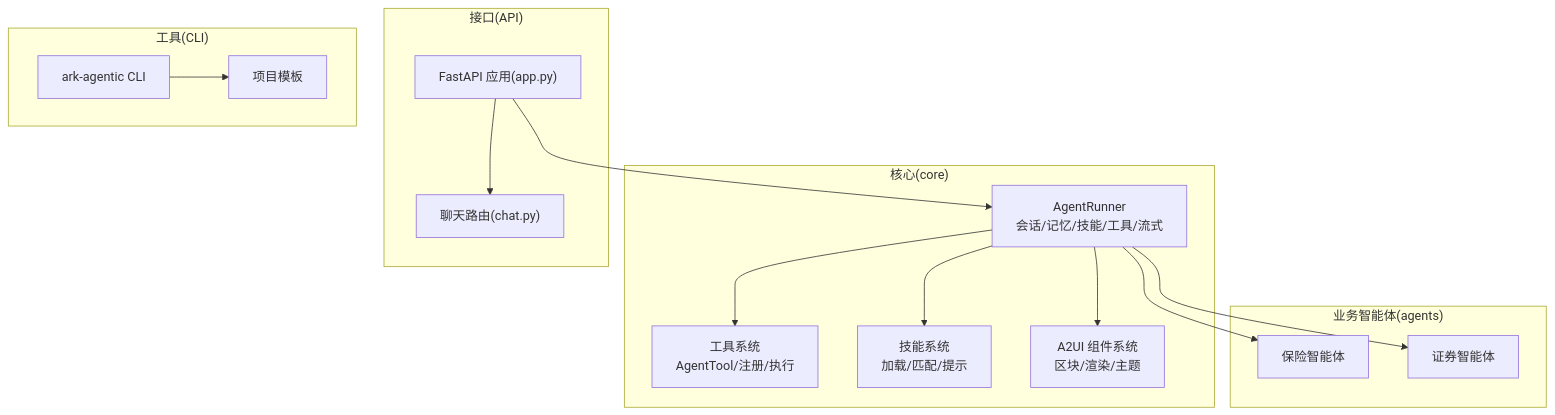
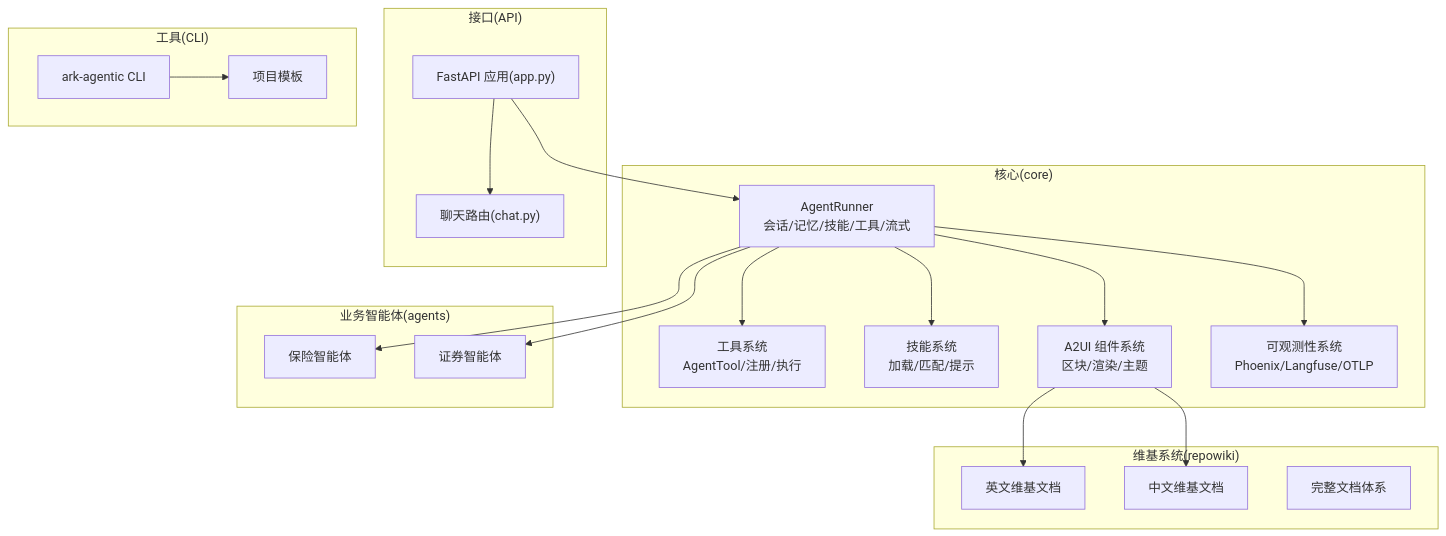
One commit to YU-JI-KUI/ark-agentic changed the first of 7 diagrams in repowiki/zh/content/开发指南/开发指南.md. Above: the diagram before and after it, drawn with Mermaid. The commit also changed other lines of this file and 10 other files, not shown here.

````diff
--- a/repowiki/zh/content/开发指南/开发指南.md
+++ b/repowiki/zh/content/开发指南/开发指南.md
@@ -44,29 +68,38 @@
 ```mermaid
 graph TB
 subgraph "核心(core)"
 CORE_RUNNER["AgentRunner<br/>会话/记忆/技能/工具/流式"]
 CORE_TOOLS["工具系统<br/>AgentTool/注册/执行"]
 CORE_SKILLS["技能系统<br/>加载/匹配/提示"]
 CORE_A2UI["A2UI 组件系统<br/>区块/渲染/主题"]
+CORE_OBS["可观测性系统<br/>Phoenix/Langfuse/OTLP"]
 end
 subgraph "业务智能体(agents)"
 INS_AGENT["保险智能体"]
 SEC_AGENT["证券智能体"]
 end
 subgraph "接口(API)"
 APP["FastAPI 应用(app.py)"]
 ROUTER["聊天路由(chat.py)"]
 end
 subgraph "工具(CLI)"
 CLI_MAIN["ark-agentic CLI"]
 TEMPLATES["项目模板"]
 end
+subgraph "维基系统(repowiki)"
+WIKI_EN["英文维基文档"]
+WIKI_ZH["中文维基文档"]
+DOC_SYSTEM["完整文档体系"]
+end
 CLI_MAIN --> TEMPLATES
 APP --> ROUTER
 APP --> CORE_RUNNER
 CORE_RUNNER --> CORE_TOOLS
 CORE_RUNNER --> CORE_SKILLS
 CORE_RUNNER --> CORE_A2UI
+CORE_RUNNER --> CORE_OBS
 CORE_RUNNER --> INS_AGENT
 CORE_RUNNER --> SEC_AGENT
+CORE_A2UI --> WIKI_EN
+CORE_A2UI --> WIKI_ZH
 ```
````
